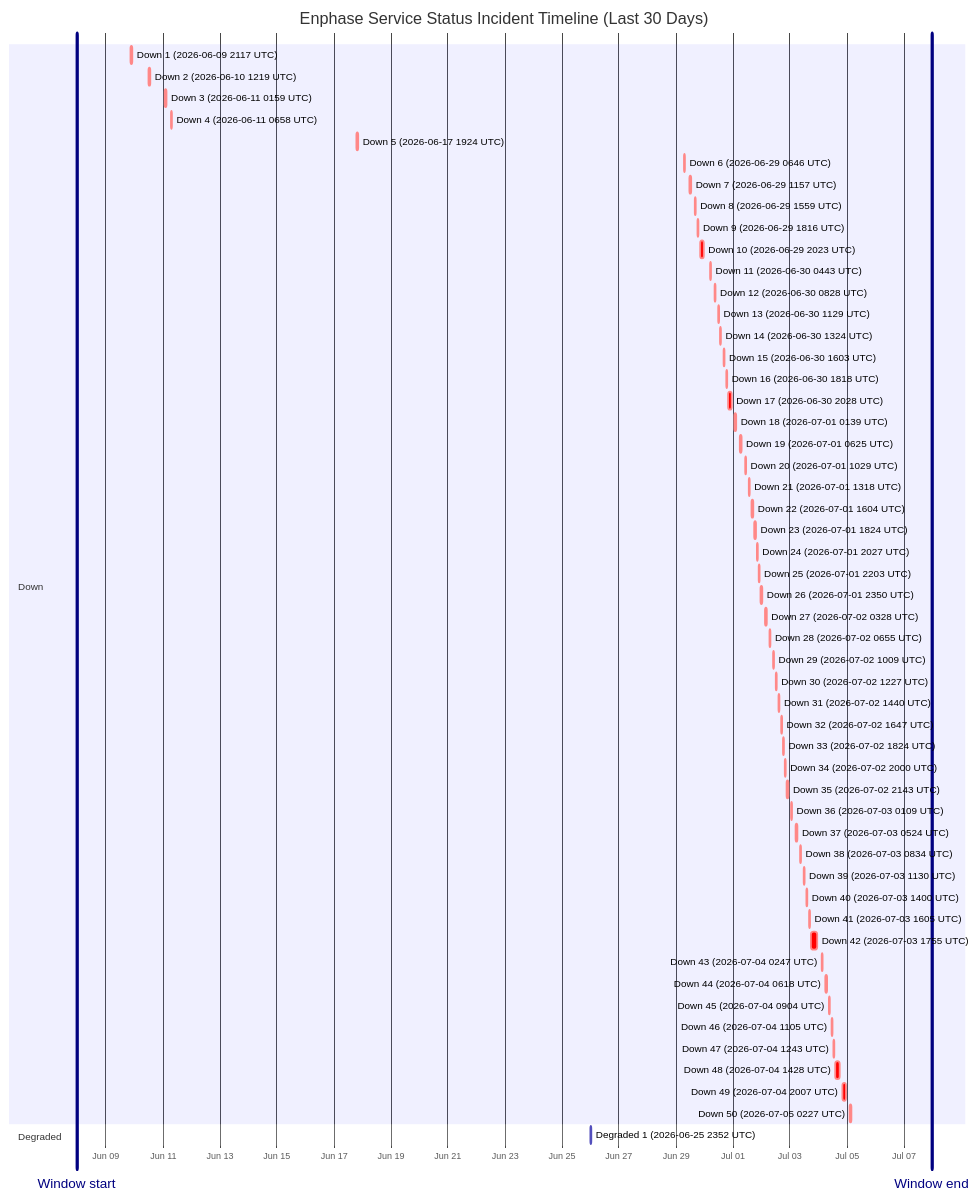
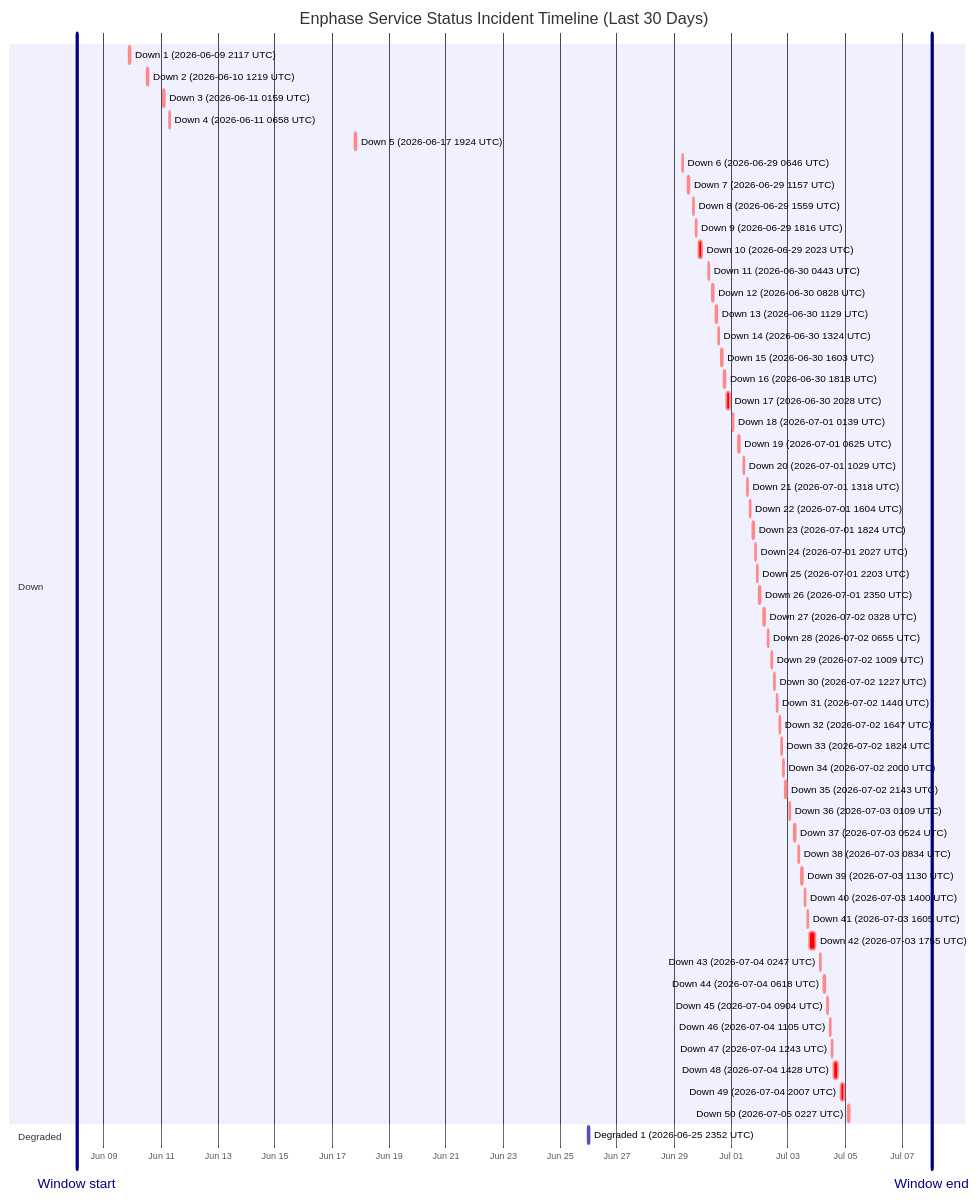
One commit to barneyonline/ha-enphase-energy changed the diagram in wiki/Service-Status-History.md. Above: the diagram before and after it, drawn with Mermaid. The commit also changed other lines of this file and 3 other files, not shown here.

````diff
--- a/wiki/Service-Status-History.md
+++ b/wiki/Service-Status-History.md
@@ -14,61 +14,61 @@
 ```mermaid
 gantt
     title Enphase Service Status Incident Timeline (Last 30 Days)
     dateFormat  YYYY-MM-DDTHH:mm:ss
     axisFormat  %b %d
-    Window start :vert, window-start, 2026-06-07T23:29:07, 0ms
-    Window end :vert, window-end, 2026-07-07T23:29:07, 0ms
+    Window start :vert, window-start, 2026-06-08T01:02:56, 0ms
+    Window end :vert, window-end, 2026-07-08T01:02:56, 0ms
     section Down
     Down 1 (2026-06-09 2117 UTC) :crit, down-1, 2026-06-09T21:17:17, 60m
     Down 2 (2026-06-10 1219 UTC) :crit, down-2, 2026-06-10T12:19:21, 60m
     Down 3 (2026-06-11 0159 UTC) :crit, down-3, 2026-06-11T01:59:36, 60m
     Down 4 (2026-06-11 0658 UTC) :crit, down-4, 2026-06-11T06:58:45, 60m
     Down 5 (2026-06-17 1924 UTC) :crit, down-5, 2026-06-17T19:24:51, 60m
     Down 6 (2026-06-29 0646 UTC) :crit, down-6, 2026-06-29T06:46:18, 60m
     Down 7 (2026-06-29 1157 UTC) :crit, down-7, 2026-06-29T11:57:36, 60m
     Down 8 (2026-06-29 1559 UTC) :crit, down-8, 2026-06-29T15:59:02, 60m
     Down 9 (2026-06-29 1816 UTC) :crit, down-9, 2026-06-29T18:16:38, 60m
     Down 10 (2026-06-29 2023 UTC) :crit, down-10, 2026-06-29T20:23:16, 220m
     Down 11 (2026-06-30 0443 UTC) :crit, down-11, 2026-06-30T04:43:54, 60m
     Down 12 (2026-06-30 0828 UTC) :crit, down-12, 2026-06-30T08:28:43, 60m
     Down 13 (2026-06-30 1129 UTC) :crit, down-13, 2026-06-30T11:29:15, 60m
     Down 14 (2026-06-30 1324 UTC) :crit, down-14, 2026-06-30T13:24:25, 60m
     Down 15 (2026-06-30 1603 UTC) :crit, down-15, 2026-06-30T16:03:26, 60m
     Down 16 (2026-06-30 1818 UTC) :crit, down-16, 2026-06-30T18:18:39, 60m
     Down 17 (2026-06-30 2028 UTC) :crit, down-17, 2026-06-30T20:28:54, 171m
     Down 18 (2026-07-01 0139 UTC) :crit, down-18, 2026-07-01T01:39:18, 60m
     Down 19 (2026-07-01 0625 UTC) :crit, down-19, 2026-07-01T06:25:35, 60m
     Down 20 (2026-07-01 1029 UTC) :crit, down-20, 2026-07-01T10:29:24, 60m
     Down 21 (2026-07-01 1318 UTC) :crit, down-21, 2026-07-01T13:18:31, 60m
     Down 22 (2026-07-01 1604 UTC) :crit, down-22, 2026-07-01T16:04:29, 60m
     Down 23 (2026-07-01 1824 UTC) :crit, down-23, 2026-07-01T18:24:21, 60m
     Down 24 (2026-07-01 2027 UTC) :crit, down-24, 2026-07-01T20:27:17, 60m
     Down 25 (2026-07-01 2203 UTC) :crit, down-25, 2026-07-01T22:03:46, 60m
     Down 26 (2026-07-01 2350 UTC) :crit, down-26, 2026-07-01T23:50:52, 60m
     Down 27 (2026-07-02 0328 UTC) :crit, down-27, 2026-07-02T03:28:33, 60m
     Down 28 (2026-07-02 0655 UTC) :crit, down-28, 2026-07-02T06:55:07, 60m
     Down 29 (2026-07-02 1009 UTC) :crit, down-29, 2026-07-02T10:09:15, 60m
     Down 30 (2026-07-02 1227 UTC) :crit, down-30, 2026-07-02T12:27:49, 60m
     Down 31 (2026-07-02 1440 UTC) :crit, down-31, 2026-07-02T14:40:53, 60m
     Down 32 (2026-07-02 1647 UTC) :crit, down-32, 2026-07-02T16:47:47, 60m
     Down 33 (2026-07-02 1824 UTC) :crit, down-33, 2026-07-02T18:24:26, 60m
     Down 34 (2026-07-02 2000 UTC) :crit, down-34, 2026-07-02T20:00:57, 60m
     Down 35 (2026-07-02 2143 UTC) :crit, down-35, 2026-07-02T21:43:52, 80m
     Down 36 (2026-07-03 0109 UTC) :crit, down-36, 2026-07-03T01:09:19, 60m
     Down 37 (2026-07-03 0524 UTC) :crit, down-37, 2026-07-03T05:24:23, 60m
     Down 38 (2026-07-03 0834 UTC) :crit, down-38, 2026-07-03T08:34:05, 60m
     Down 39 (2026-07-03 1130 UTC) :crit, down-39, 2026-07-03T11:30:41, 60m
     Down 40 (2026-07-03 1400 UTC) :crit, down-40, 2026-07-03T14:00:48, 60m
     Down 41 (2026-07-03 1605 UTC) :crit, down-41, 2026-07-03T16:05:49, 60m
     Down 42 (2026-07-03 1755 UTC) :crit, down-42, 2026-07-03T17:55:54, 338m
     Down 43 (2026-07-04 0247 UTC) :crit, down-43, 2026-07-04T02:47:22, 60m
     Down 44 (2026-07-04 0618 UTC) :crit, down-44, 2026-07-04T06:18:09, 60m
     Down 45 (2026-07-04 0904 UTC) :crit, down-45, 2026-07-04T09:04:41, 60m
     Down 46 (2026-07-04 1105 UTC) :crit, down-46, 2026-07-04T11:05:21, 60m
     Down 47 (2026-07-04 1243 UTC) :crit, down-47, 2026-07-04T12:43:25, 60m
     Down 48 (2026-07-04 1428 UTC) :crit, down-48, 2026-07-04T14:28:07, 243m
     Down 49 (2026-07-04 2007 UTC) :crit, down-49, 2026-07-04T20:07:50, 206m
     Down 50 (2026-07-05 0227 UTC) :crit, down-50, 2026-07-05T02:27:32, 109m
     section Degraded
     Degraded 1 (2026-06-25 2352 UTC) :active, degraded-1, 2026-06-25T23:52:01, 60m
 ```
````
